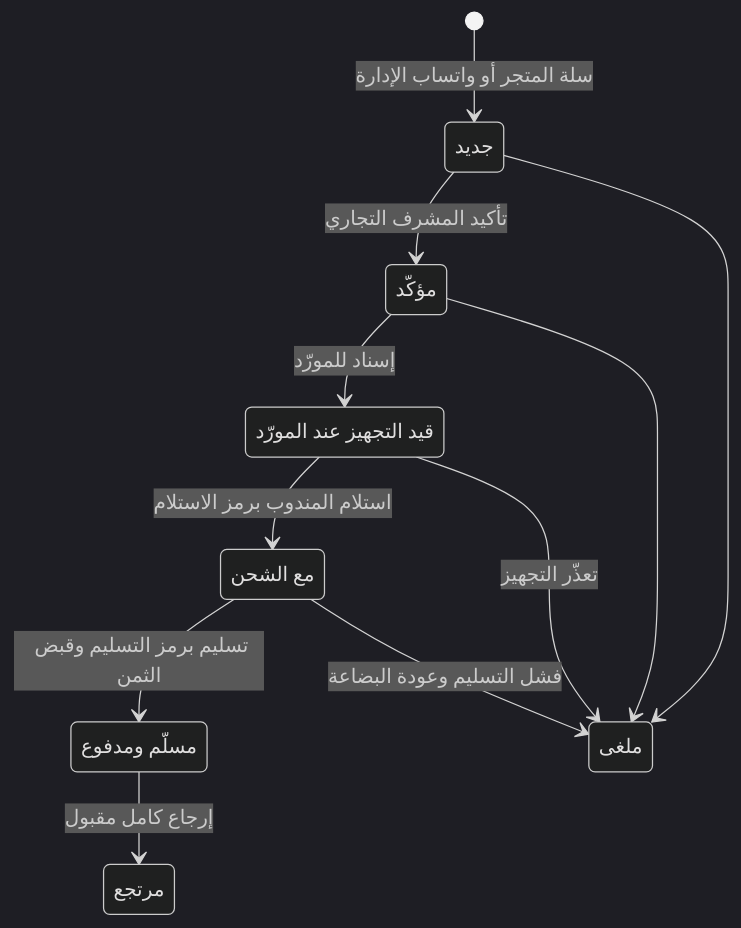
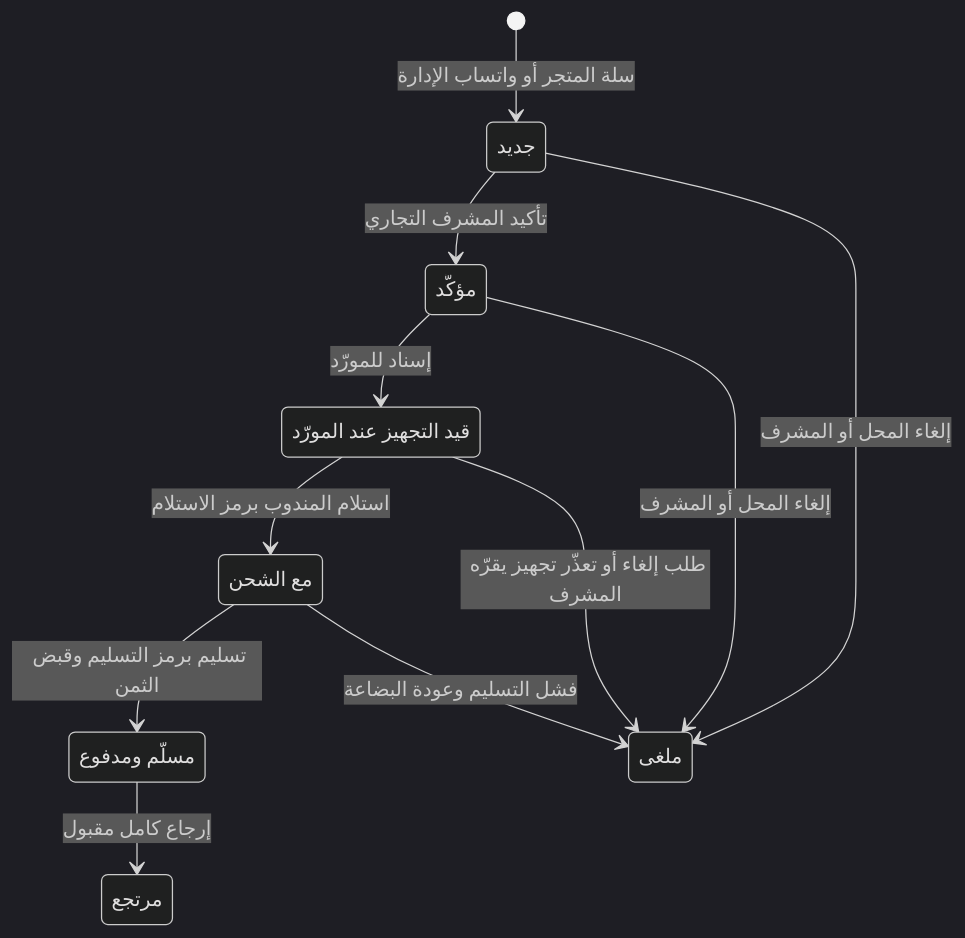
Diagram 20 of 25 in docs/19-technical-design.md (servacode/imei), drawn with Mermaid (dark theme) before and after one commit. The commit also changed other lines of this file and 2 other files, not shown here.

````diff
--- a/docs/19-technical-design.md
+++ b/docs/19-technical-design.md
@@ -1894,20 +1919,20 @@
 ```mermaid
 stateDiagram-v2
     state "جديد" as New
     state "مؤكَّد" as Confirmed
     state "قيد التجهيز عند المورّد" as Preparing
     state "مع الشحن" as Shipped
     state "مسلَّم ومدفوع" as Delivered
     state "ملغى" as Cancelled
     state "مرتجع" as Returned
     [*] --> New: سلة المتجر أو واتساب الإدارة
     New --> Confirmed: تأكيد المشرف التجاري
-    New --> Cancelled
+    New --> Cancelled: إلغاء المحل أو المشرف
     Confirmed --> Preparing: إسناد للمورّد
-    Confirmed --> Cancelled
+    Confirmed --> Cancelled: إلغاء المحل أو المشرف
     Preparing --> Shipped: استلام المندوب برمز الاستلام
-    Preparing --> Cancelled: تعذّر التجهيز
+    Preparing --> Cancelled: طلب إلغاء أو تعذّر تجهيز يقرّه المشرف
     Shipped --> Delivered: تسليم برمز التسليم وقبض الثمن
     Shipped --> Cancelled: فشل التسليم وعودة البضاعة
     Delivered --> Returned: إرجاع كامل مقبول
 ```
````
